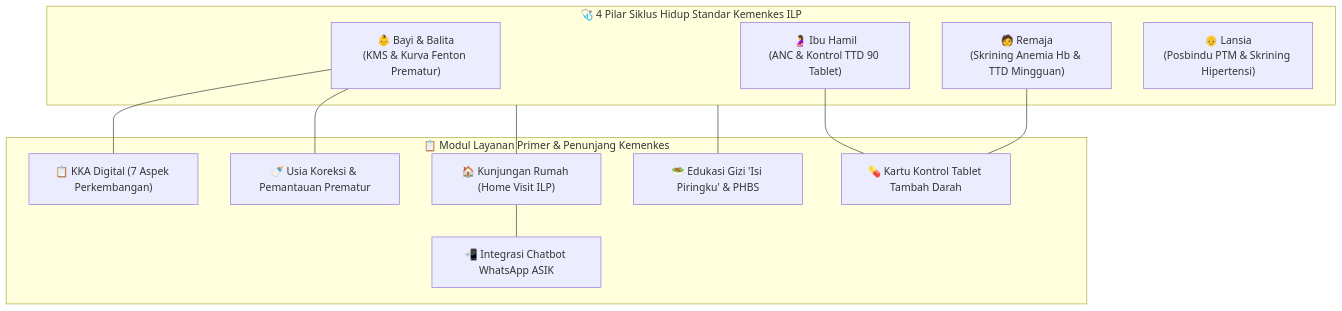
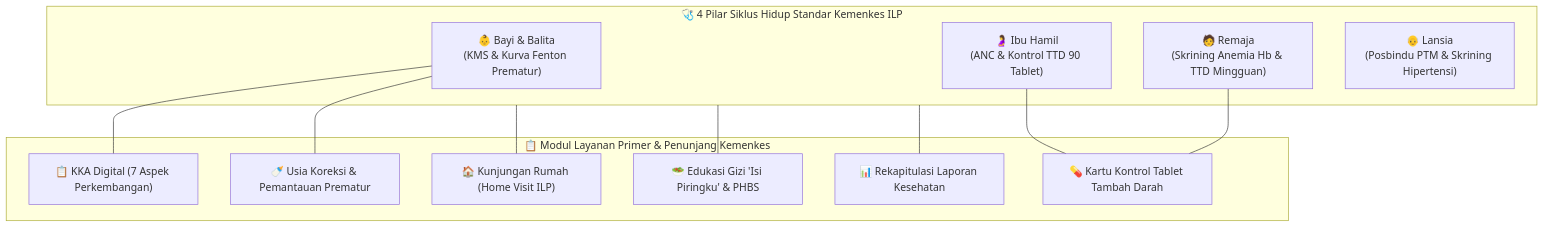
One commit to Adi-code18/E-posyandu_web changed the first of 4 diagrams in README.md. Above: the diagram before and after it, drawn with Mermaid. The commit also changed other lines of this file and 4 other files, not shown here.

````diff
--- a/README.md
+++ b/README.md
@@ -69,26 +70,26 @@
 ```mermaid
 flowchart TD
     subgraph SIKLUS_HIDUP[" 🩺 4 Pilar Siklus Hidup Standar Kemenkes ILP "]
         B["👶 Bayi & Balita<br/>(KMS & Kurva Fenton Prematur)"]
         H["🤰 Ibu Hamil<br/>(ANC & Kontrol TTD 90 Tablet)"]
         R["🧑 Remaja<br/>(Skrining Anemia Hb & TTD Mingguan)"]
         L["👴 Lansia<br/>(Posbindu PTM & Skrining Hipertensi)"]
     end
 
     subgraph LAYANAN_ILP[" 📋 Modul Layanan Primer & Penunjang Kemenkes "]
         KKA["📋 KKA Digital (7 Aspek Perkembangan)"]
         FENTON["🍼 Usia Koreksi & Pemantauan Prematur"]
         HOME["🏠 Kunjungan Rumah (Home Visit ILP)"]
         TTD["💊 Kartu Kontrol Tablet Tambah Darah"]
         EDU["🥗 Edukasi Gizi 'Isi Piringku' & PHBS"]
-        ASIK["📲 Integrasi Chatbot WhatsApp ASIK"]
+        REKAP["📊 Rekapitulasi Laporan Kesehatan"]
     end
 
     B --- KKA
     B --- FENTON
     H --- TTD
     R --- TTD
     SIKLUS_HIDUP --- HOME
     SIKLUS_HIDUP --- EDU
-    HOME --- ASIK
+    SIKLUS_HIDUP --- REKAP
 ```
````
